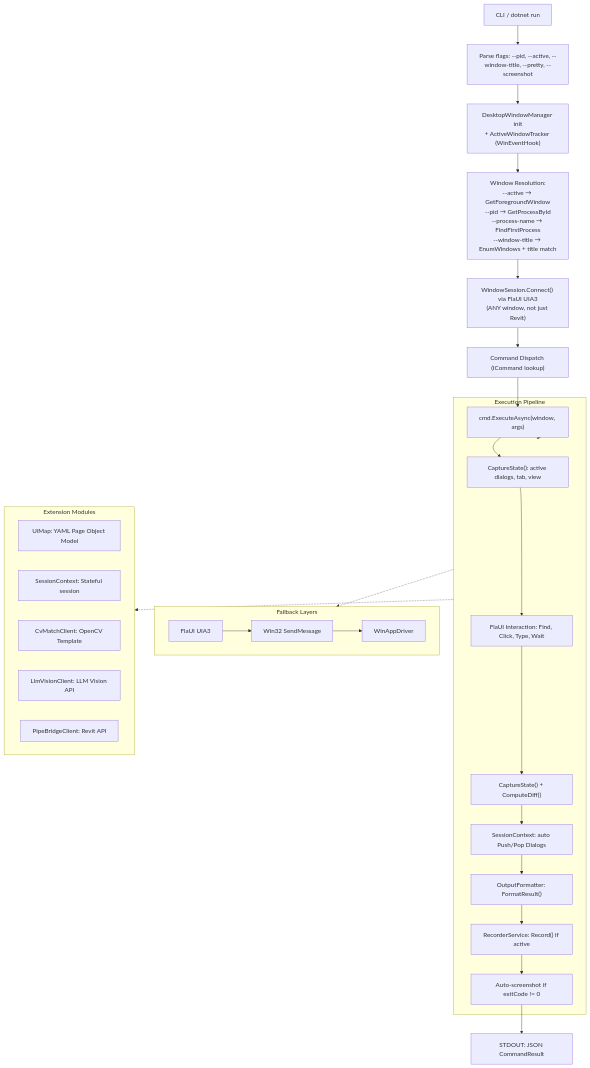
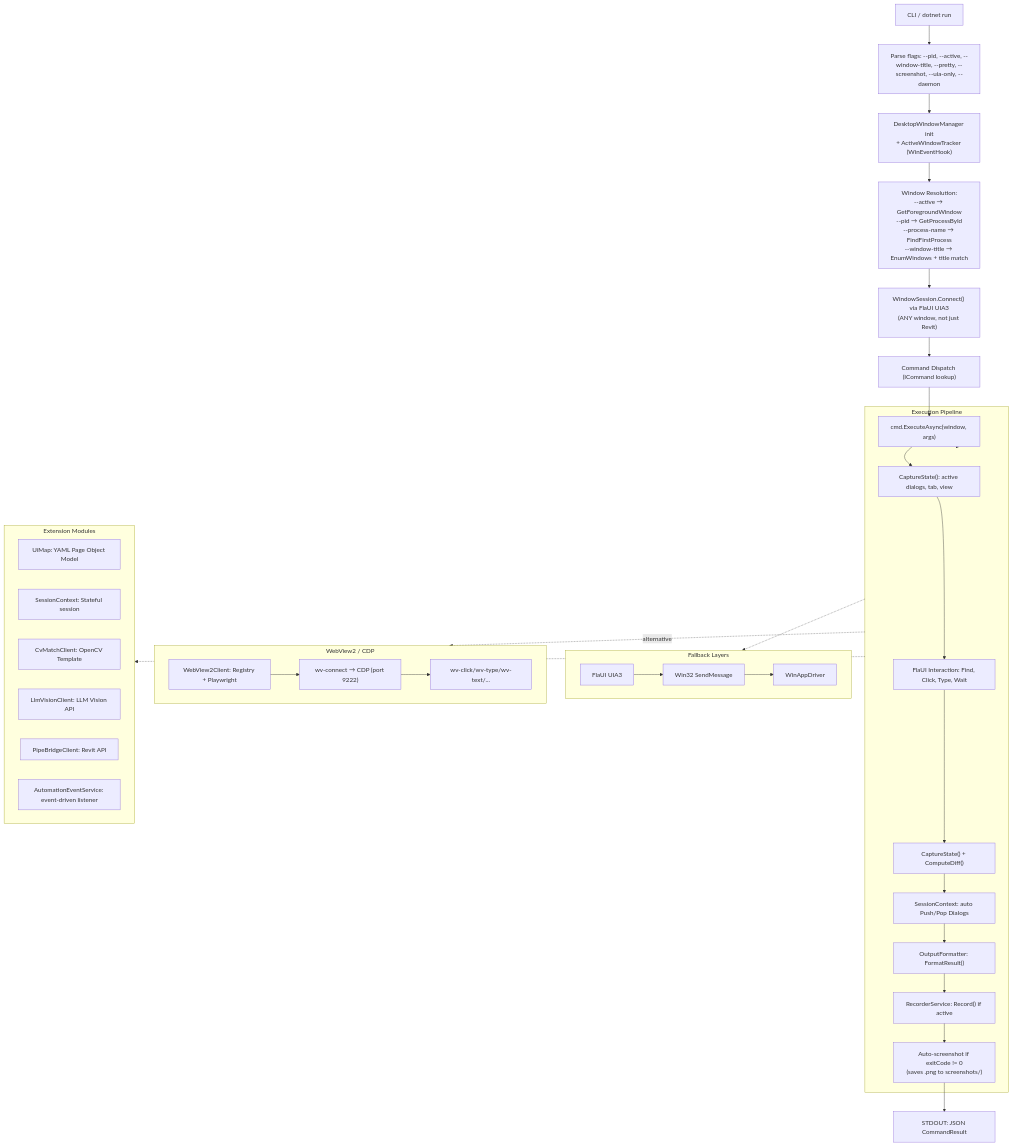
One commit to rubimtech/UiController changed the first of 4 diagrams in README.md. Above: the diagram before and after it, drawn with Mermaid. The commit also changed other lines of this file and 147 other files, not shown here.

Commit message:
Phase 10: Core refactoring — extract shared library, add WebView2 commands, Daemon + MCP projects

````diff
--- a/README.md
+++ b/README.md
@@ -547,38 +563,47 @@
 ```mermaid
 flowchart TB
-    CLI["CLI / dotnet run"] --> GlobalFlags["Parse flags: --pid, --active, --window-title, --pretty, --screenshot"]
+    CLI["CLI / dotnet run"] --> GlobalFlags["Parse flags: --pid, --active, --window-title, --pretty, --screenshot, --uia-only, --daemon"]
     GlobalFlags --> DesktopWindowManager["DesktopWindowManager init\n+ ActiveWindowTracker (WinEventHook)"]
     DesktopWindowManager --> TargetResolution["Window Resolution:\n--active → GetForegroundWindow\n--pid → GetProcessById\n--process-name → FindFirstProcess\n--window-title → EnumWindows + title match"]
     TargetResolution --> WindowSession["WindowSession.Connect() via FlaUI UIA3\n(ANY window, not just Revit)"]
     WindowSession --> CommandDispatch["Command Dispatch (ICommand lookup)"]
     CommandDispatch --> ExecuteCmd["cmd.ExecuteAsync(window, args)"]
 
     subgraph ExecutionPipeline["Execution Pipeline"]
         ExecuteCmd --> BeforeState["CaptureState(): active dialogs, tab, view"]
         BeforeState --> UIAction["FlaUI Interaction: Find, Click, Type, Wait"]
         UIAction --> AfterState["CaptureState() + ComputeDiff()"]
         AfterState --> SessionUpdate["SessionContext: auto Push/Pop Dialogs"]
         SessionUpdate --> FormatResult["OutputFormatter: FormatResult()"]
         FormatResult --> Recorder["RecorderService: Record() if active"]
-        Recorder --> AutoScreenshot["Auto-screenshot if exitCode != 0"]
+        Recorder --> AutoScreenshot["Auto-screenshot if exitCode != 0\n(saves .png to screenshots/)"]
     end
 
     ExecuteCmd --> ExecutionPipeline
     AutoScreenshot --> STDOUT["STDOUT: JSON CommandResult"]
 
     subgraph Fallbacks["Fallback Layers"]
         direction LR
         F1["FlaUI UIA3"] --> F2["Win32 SendMessage"]
         F2 --> F3["WinAppDriver"]
     end
     ExecutionPipeline -.-> Fallbacks
 
+    subgraph WebView2Layer["WebView2 / CDP"]
+        WV1["WebView2Client: Registry + Playwright"]
+        WV2["wv-connect → CDP (port 9222)"]
+        WV3["wv-click/wv-type/wv-text/..."]
+        WV1 --> WV2 --> WV3
+    end
+    ExecutionPipeline -.->|alternative| WebView2Layer
+
     subgraph Extensions["Extension Modules"]
         UIMap["UiMap: YAML Page Object Model"]
         Session["SessionContext: Stateful session"]
         CV["CvMatchClient: OpenCV Template"]
         LLM["LlmVisionClient: LLM Vision API"]
         Pipe["PipeBridgeClient: Revit API"]
+        Event["AutomationEventService: event-driven listener"]
     end
     ExecutionPipeline -.-> Extensions
 ```
````
